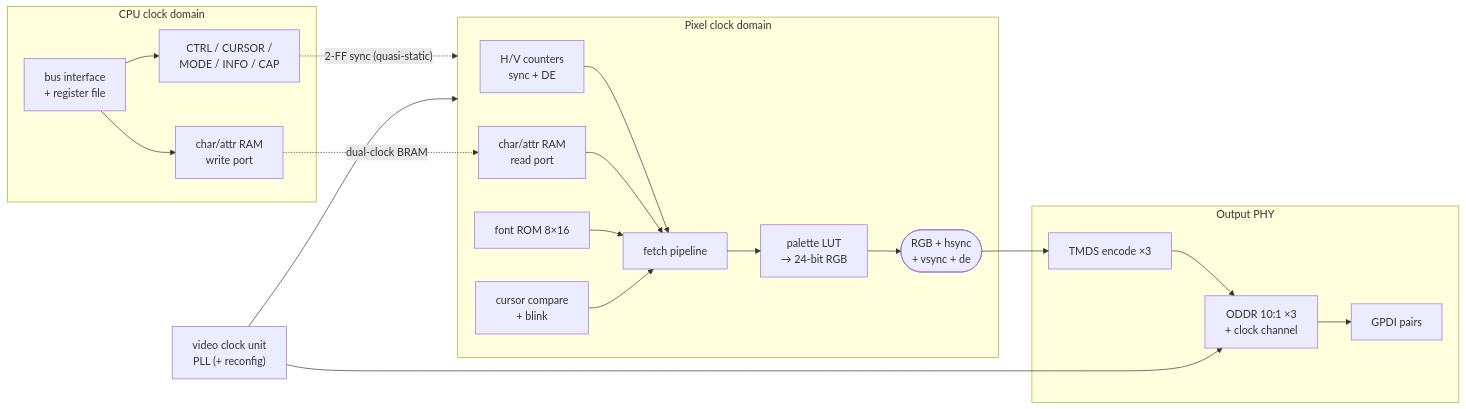
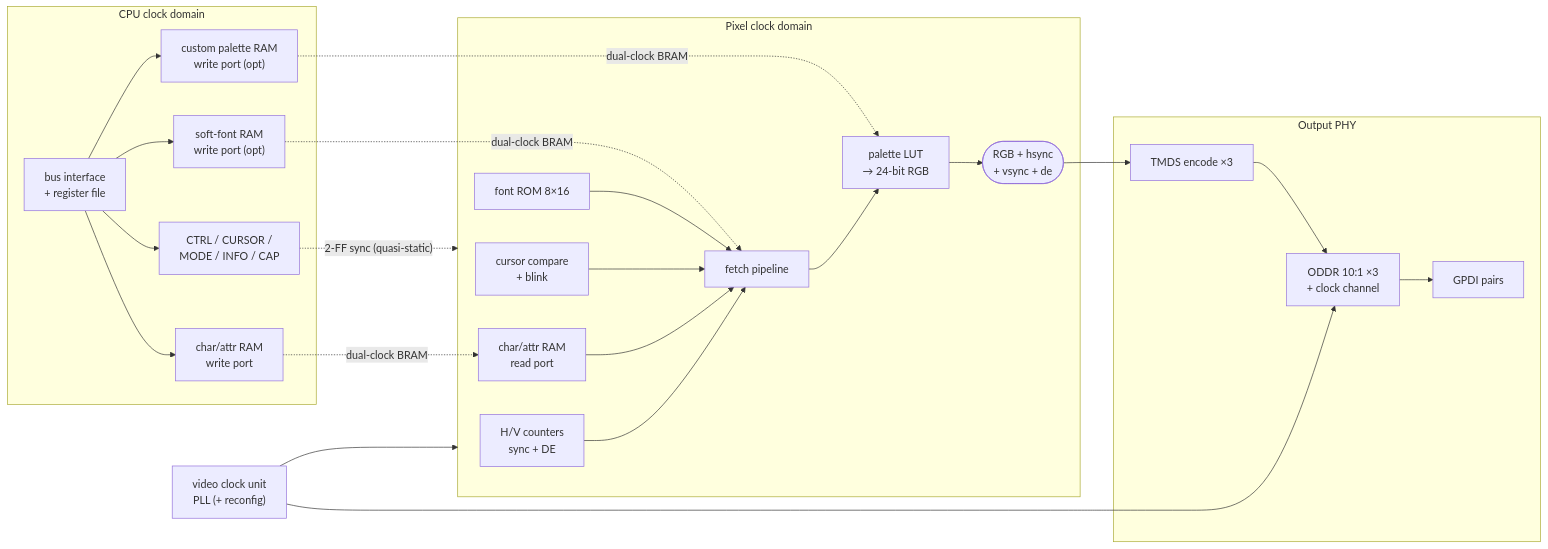
The diagram in doc/internals/text-video.md (lonemeow/penumbra-minicomputer), drawn with Mermaid before and after one commit. The commit also changed other lines of this file and 1 other file, not shown here.

First line of the commit message:
doc: make text-video palette, glyphs, and font optional caps

````diff
--- a/doc/internals/text-video.md
+++ b/doc/internals/text-video.md
@@ -26,25 +26,29 @@
 ```mermaid
 flowchart LR
   subgraph CPUDOM["CPU clock domain"]
     BUS["bus interface\n+ register file"] --> CRAMW["char/attr RAM\nwrite port"]
     BUS --> REGS["CTRL / CURSOR /\nMODE / INFO / CAP"]
+    BUS --> SFW["soft-font RAM\nwrite port (opt)"]
+    BUS --> PALW["custom palette RAM\nwrite port (opt)"]
   end
   VCLK["video clock unit\nPLL (+ reconfig)"]
   subgraph PIX["Pixel clock domain"]
     TIMING["H/V counters\nsync + DE"] --> FETCH["fetch pipeline"]
     CRAMR["char/attr RAM\nread port"] --> FETCH
     FONT["font ROM 8×16"] --> FETCH
     CURS["cursor compare\n+ blink"] --> FETCH
     FETCH --> PAL["palette LUT\n→ 24-bit RGB"]
     PAL --> RGB(["RGB + hsync\n+ vsync + de"])
   end
   subgraph PHYBOX["Output PHY"]
     RGB --> TMDS["TMDS encode ×3"]
     TMDS --> SER["ODDR 10:1 ×3\n+ clock channel"]
     SER --> GPDI["GPDI pairs"]
   end
   REGS -. "2-FF sync (quasi-static)" .-> PIX
   CRAMW -. "dual-clock BRAM" .-> CRAMR
+  SFW -. "dual-clock BRAM" .-> FETCH
+  PALW -. "dual-clock BRAM" .-> PAL
   VCLK --> PIX
   VCLK --> SER
 ```
````
